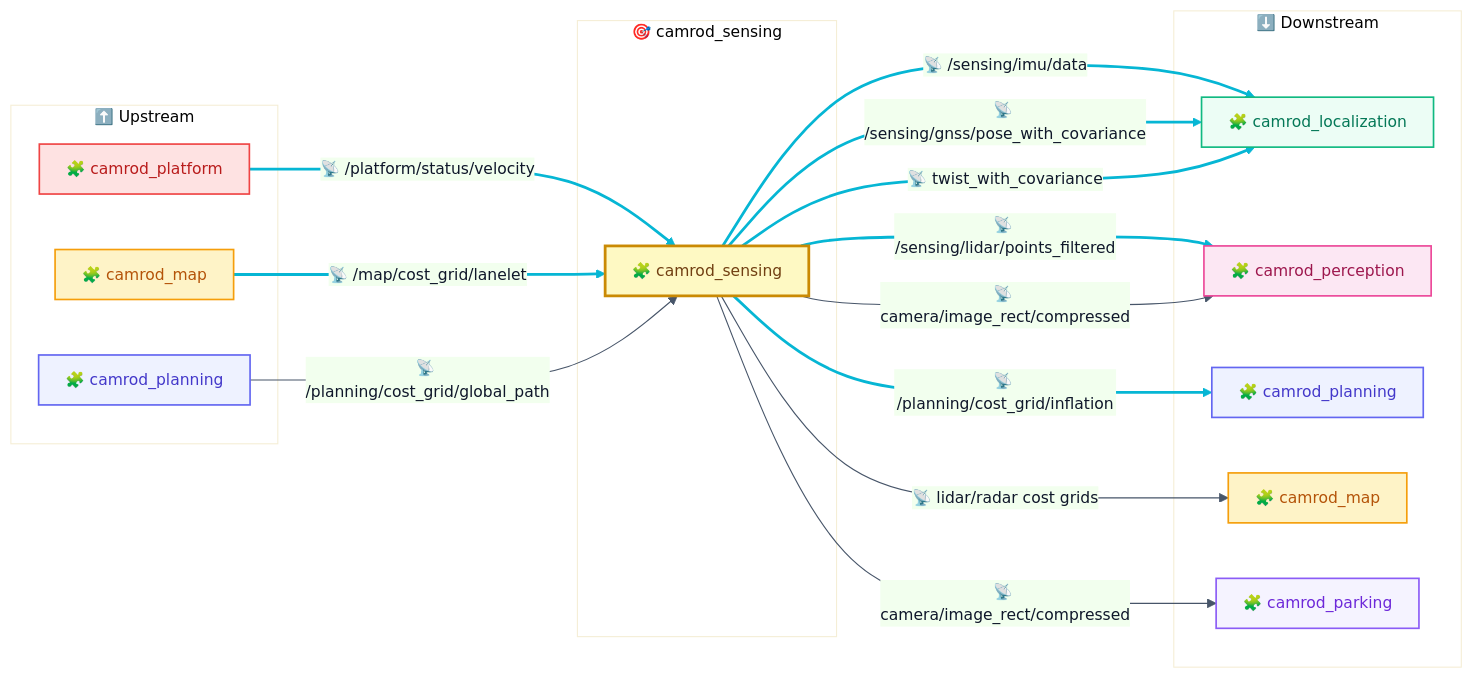
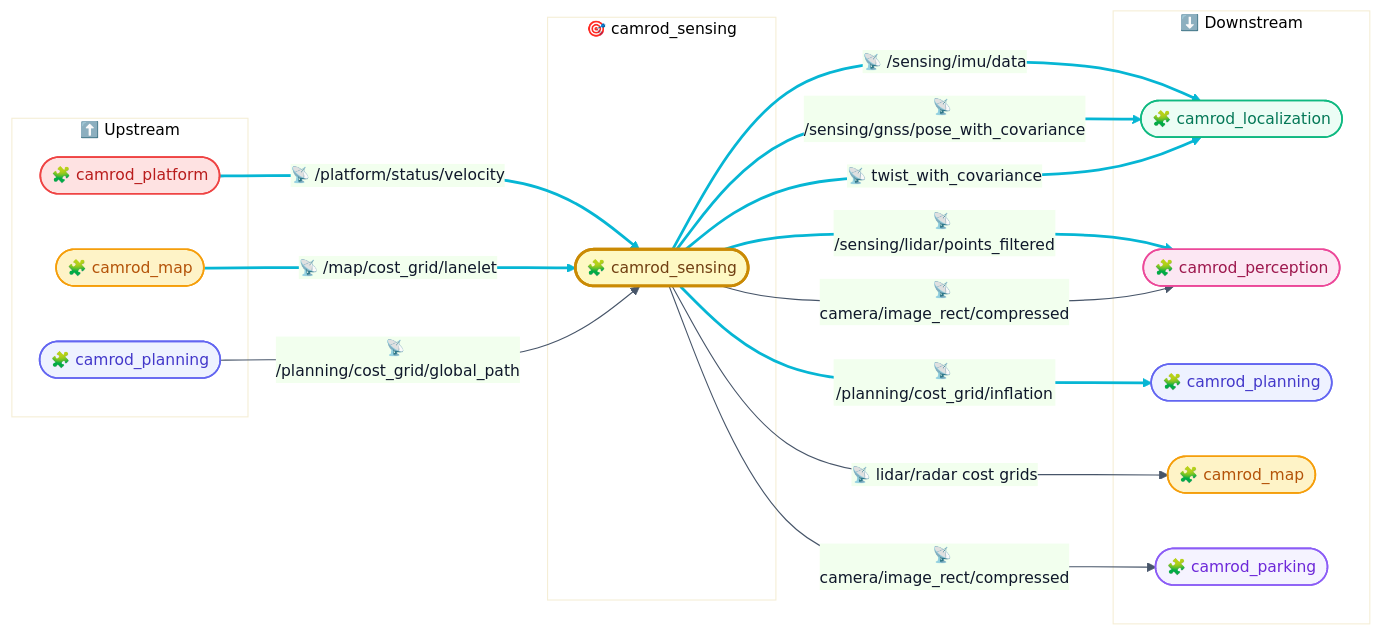
One commit to hwanhonglee/CAMROD changed the first of 3 diagrams in camrod_sensing/README.md. Above: the diagram before and after it, drawn with Mermaid. The commit also changed other lines of this file and 12 other files, not shown here.

First line of the commit message:
docs(v4): unified Mermaid shape convention + runtime data flow diagram

````diff
--- a/camrod_sensing/README.md
+++ b/camrod_sensing/README.md
@@ -39,50 +39,50 @@
 ```mermaid
 %%{init: {'theme': 'base', 'themeVariables': {'fontFamily': 'ui-sans-serif, system-ui, sans-serif', 'fontSize': '14px', 'primaryColor': '#EEF2FF', 'primaryTextColor': '#0F172A', 'primaryBorderColor': '#6366F1', 'lineColor': '#475569'}, 'flowchart': {'curve': 'basis', 'htmlLabels': true, 'padding': 12}}}%%
 graph LR
   classDef sensing      fill:#ECFEFF,stroke:#06B6D4,stroke-width:1.5px,color:#0E7490;
   classDef localization fill:#ECFDF5,stroke:#10B981,stroke-width:1.5px,color:#047857;
   classDef mapping      fill:#FEF3C7,stroke:#F59E0B,stroke-width:1.5px,color:#B45309;
   classDef perception   fill:#FCE7F3,stroke:#EC4899,stroke-width:1.5px,color:#9D174D;
   classDef planning     fill:#EEF2FF,stroke:#6366F1,stroke-width:1.5px,color:#4338CA;
   classDef platform     fill:#FEE2E2,stroke:#EF4444,stroke-width:1.5px,color:#B91C1C;
   classDef parking      fill:#F5F3FF,stroke:#8B5CF6,stroke-width:1.5px,color:#6D28D9;
   classDef system       fill:#F1F5F9,stroke:#64748B,stroke-width:1.5px,color:#334155;
   classDef ui           fill:#FFF7ED,stroke:#F97316,stroke-width:1.5px,color:#C2410C;
   classDef topic        fill:#F8FAFC,stroke:#94A3B8,stroke-width:1px,color:#475569,font-style:italic;
   classDef config       fill:#FFFBEB,stroke:#D97706,stroke-width:1.5px,color:#92400E;
   classDef hardware     fill:#FAFAFA,stroke:#6B7280,stroke-width:1.5px,color:#374151;
   classDef highlight    fill:#FEF9C3,stroke:#CA8A04,stroke-width:2.5px,color:#713F12;
 
   subgraph UP["⬆️ Upstream"]
-    PLAT[🧩 camrod_platform]:::platform
-    MAP[🧩 camrod_map]:::mapping
-    PLAN_IN[🧩 camrod_planning]:::planning
+    PLAT([🧩 camrod_platform]):::platform
+    MAP([🧩 camrod_map]):::mapping
+    PLAN_IN([🧩 camrod_planning]):::planning
   end
 
   subgraph CS["🎯 camrod_sensing"]
-    SENS[🧩 camrod_sensing]:::highlight
+    SENS([🧩 camrod_sensing]):::highlight
   end
 
   subgraph DN["⬇️ Downstream"]
-    LOC[🧩 camrod_localization]:::localization
-    PERC[🧩 camrod_perception]:::perception
-    PLAN_OUT[🧩 camrod_planning]:::planning
-    MAP_VIZ[🧩 camrod_map]:::mapping
-    PARK[🧩 camrod_parking]:::parking
+    LOC([🧩 camrod_localization]):::localization
+    PERC([🧩 camrod_perception]):::perception
+    PLAN_OUT([🧩 camrod_planning]):::planning
+    MAP_VIZ([🧩 camrod_map]):::mapping
+    PARK([🧩 camrod_parking]):::parking
   end
 
   PLAT  ==>|📡 /platform/status/velocity| SENS
   MAP   ==>|📡 /map/cost_grid/lanelet| SENS
   PLAN_IN -->|📡 /planning/cost_grid/global_path| SENS
 
   SENS ==>|📡 /sensing/imu/data| LOC
   SENS ==>|📡 /sensing/gnss/pose_with_covariance| LOC
   SENS ==>|📡 twist_with_covariance| LOC
   SENS ==>|📡 /sensing/lidar/points_filtered| PERC
   SENS ==>|📡 /planning/cost_grid/inflation| PLAN_OUT
   SENS -->|📡 lidar/radar cost grids| MAP_VIZ
   SENS -->|📡 camera/image_rect/compressed| PARK
   SENS -->|📡 camera/image_rect/compressed| PERC
 
   linkStyle 0,1,3,4,5,6,7 stroke:#06B6D4,stroke-width:2.5px;
 ```
````
